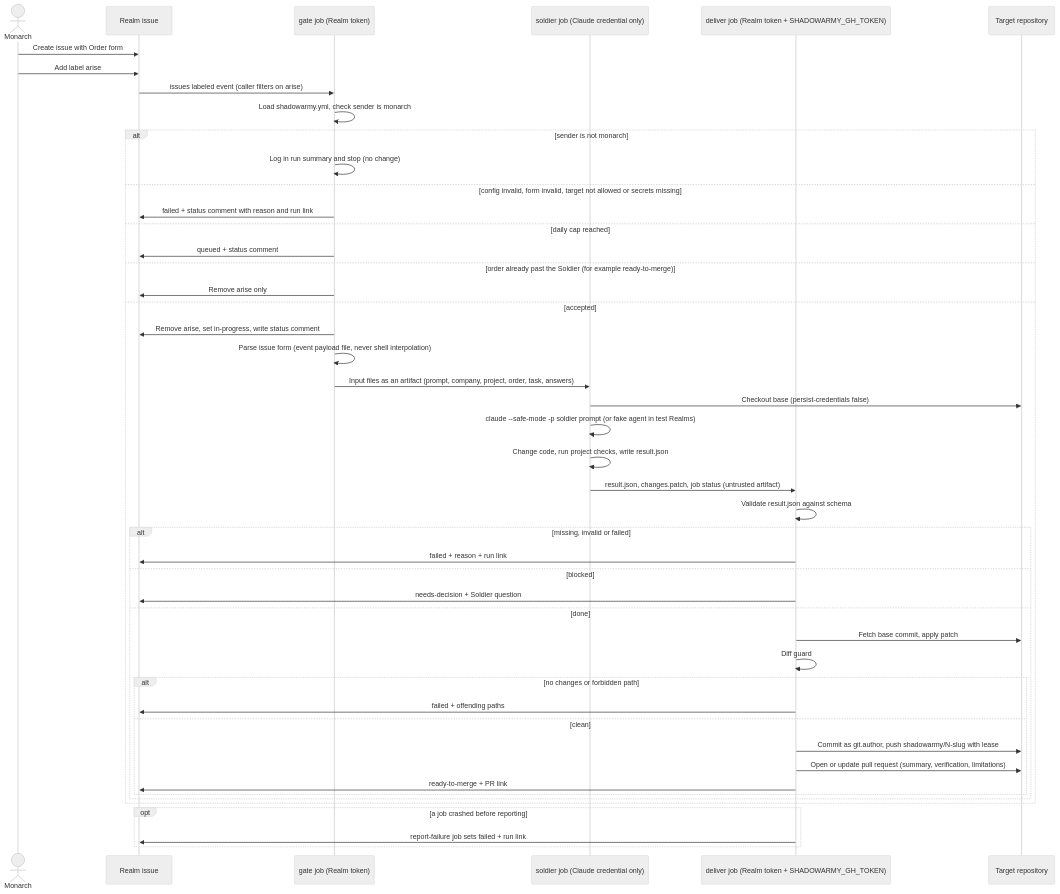
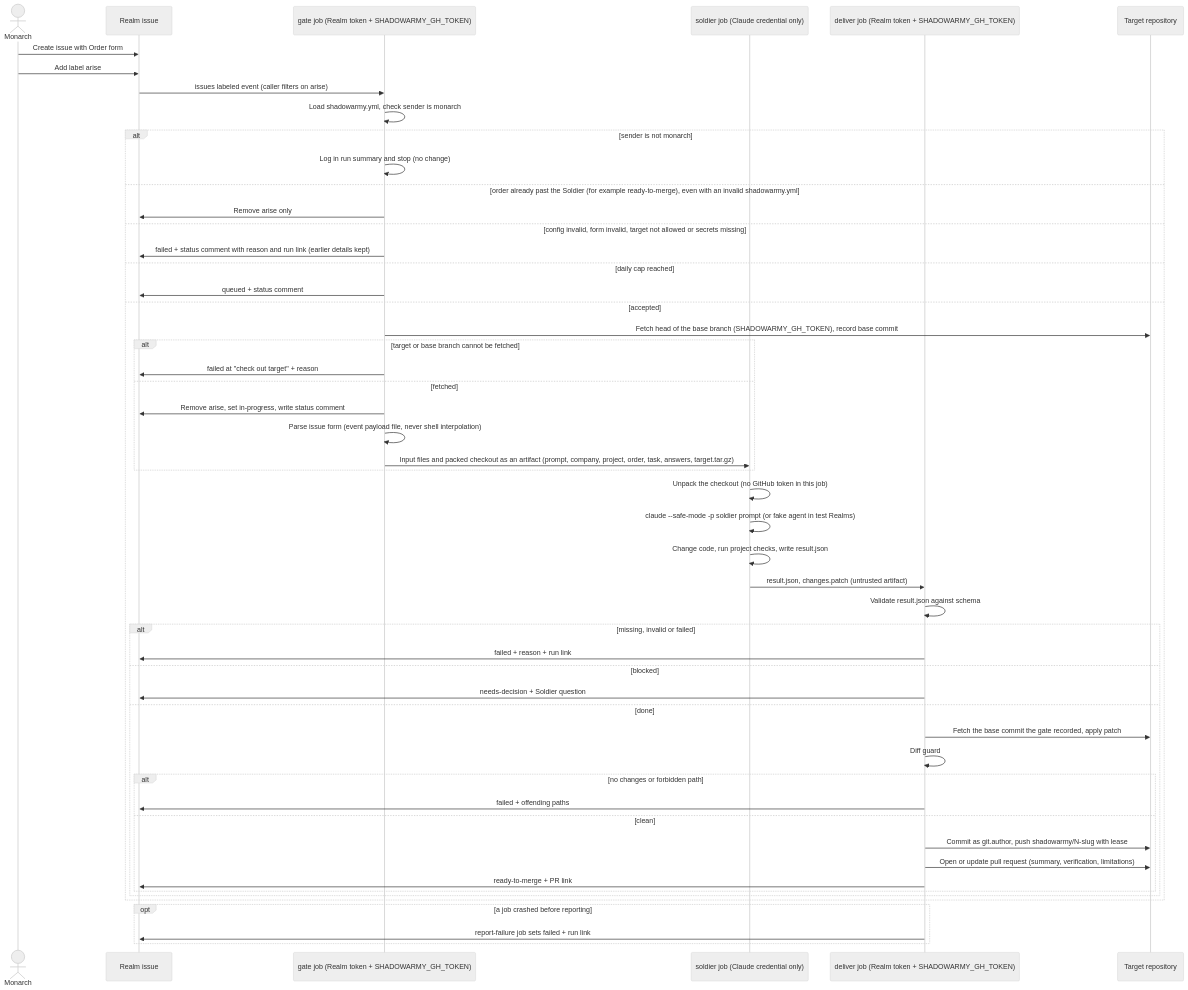
Before and after one commit to Vrajesh-works/shadowarmy: the diagram in functional-diagrams/actions/single-task-order.md, drawn with Mermaid (neutral theme). The commit also changed other lines of this file and 14 other files, not shown here.

Commit message:
no-mistakes(review): Keep write token out of soldier job, fix gate edges

````diff
--- a/functional-diagrams/actions/single-task-order.md
+++ b/functional-diagrams/actions/single-task-order.md
@@ -5,50 +5,55 @@
 ```mermaid
 sequenceDiagram
   actor Monarch
   participant Realm as Realm issue
-  participant Gate as gate job (Realm token)
+  participant Gate as gate job (Realm token + SHADOWARMY_GH_TOKEN)
   participant Soldier as soldier job (Claude credential only)
   participant Deliver as deliver job (Realm token + SHADOWARMY_GH_TOKEN)
   participant Target as Target repository
 
   Monarch->>Realm: Create issue with Order form
   Monarch->>Realm: Add label arise
   Realm->>Gate: issues labeled event (caller filters on arise)
   Gate->>Gate: Load shadowarmy.yml, check sender is monarch
   alt sender is not monarch
     Gate->>Gate: Log in run summary and stop (no change)
+  else order already past the Soldier (for example ready-to-merge), even with an invalid shadowarmy.yml
+    Gate->>Realm: Remove arise only
   else config invalid, form invalid, target not allowed or secrets missing
-    Gate->>Realm: failed + status comment with reason and run link
+    Gate->>Realm: failed + status comment with reason and run link (earlier details kept)
   else daily cap reached
     Gate->>Realm: queued + status comment
-  else order already past the Soldier (for example ready-to-merge)
-    Gate->>Realm: Remove arise only
   else accepted
-    Gate->>Realm: Remove arise, set in-progress, write status comment
-    Gate->>Gate: Parse issue form (event payload file, never shell interpolation)
-    Gate->>Soldier: Input files as an artifact (prompt, company, project, order, task, answers)
-    Soldier->>Target: Checkout base (persist-credentials false)
+    Gate->>Target: Fetch head of the base branch (SHADOWARMY_GH_TOKEN), record base commit
+    alt target or base branch cannot be fetched
+      Gate->>Realm: failed at "check out target" + reason
+    else fetched
+      Gate->>Realm: Remove arise, set in-progress, write status comment
+      Gate->>Gate: Parse issue form (event payload file, never shell interpolation)
+      Gate->>Soldier: Input files and packed checkout as an artifact (prompt, company, project, order, task, answers, target.tar.gz)
+    end
+    Soldier->>Soldier: Unpack the checkout (no GitHub token in this job)
     Soldier->>Soldier: claude --safe-mode -p soldier prompt (or fake agent in test Realms)
     Soldier->>Soldier: Change code, run project checks, write result.json
-    Soldier->>Deliver: result.json, changes.patch, job status (untrusted artifact)
+    Soldier->>Deliver: result.json, changes.patch (untrusted artifact)
     Deliver->>Deliver: Validate result.json against schema
     alt missing, invalid or failed
       Deliver->>Realm: failed + reason + run link
     else blocked
       Deliver->>Realm: needs-decision + Soldier question
     else done
-      Deliver->>Target: Fetch base commit, apply patch
+      Deliver->>Target: Fetch the base commit the gate recorded, apply patch
       Deliver->>Deliver: Diff guard
       alt no changes or forbidden path
         Deliver->>Realm: failed + offending paths
       else clean
         Deliver->>Target: Commit as git.author, push shadowarmy/N-slug with lease
         Deliver->>Target: Open or update pull request (summary, verification, limitations)
         Deliver->>Realm: ready-to-merge + PR link
       end
     end
   end
   opt a job crashed before reporting
     Deliver->>Realm: report-failure job sets failed + run link
   end
 ```
````
